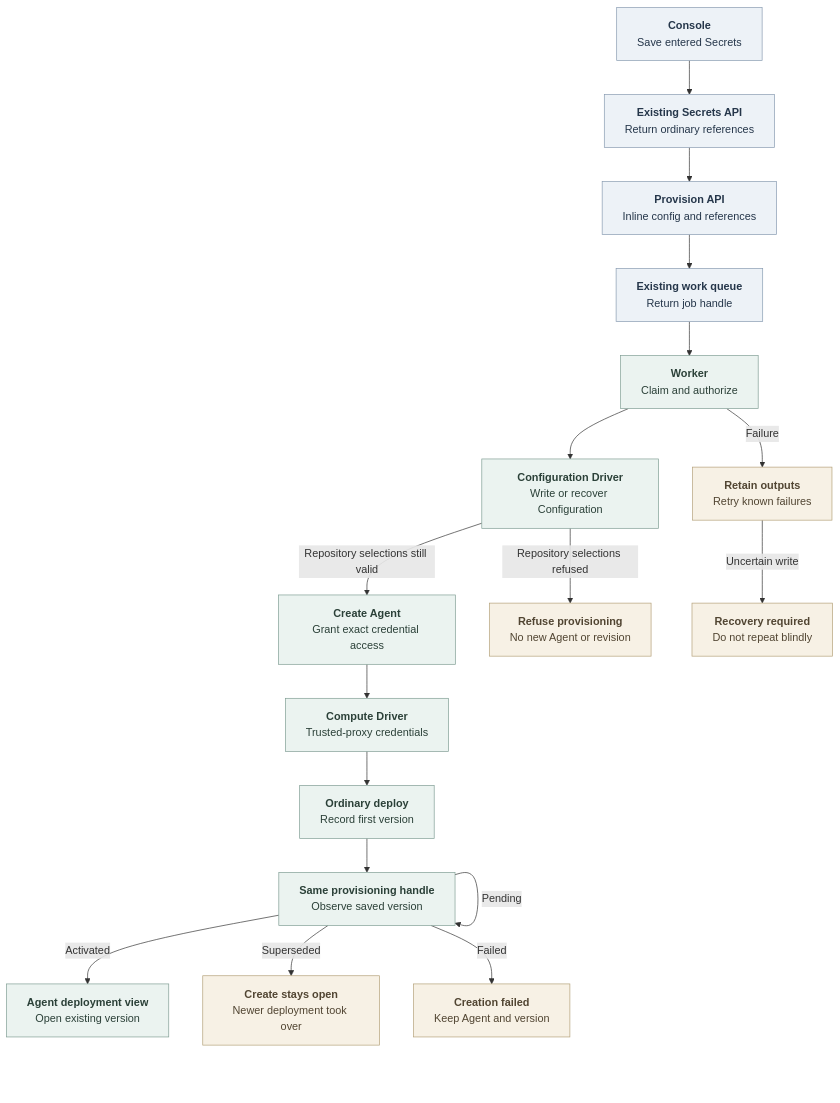
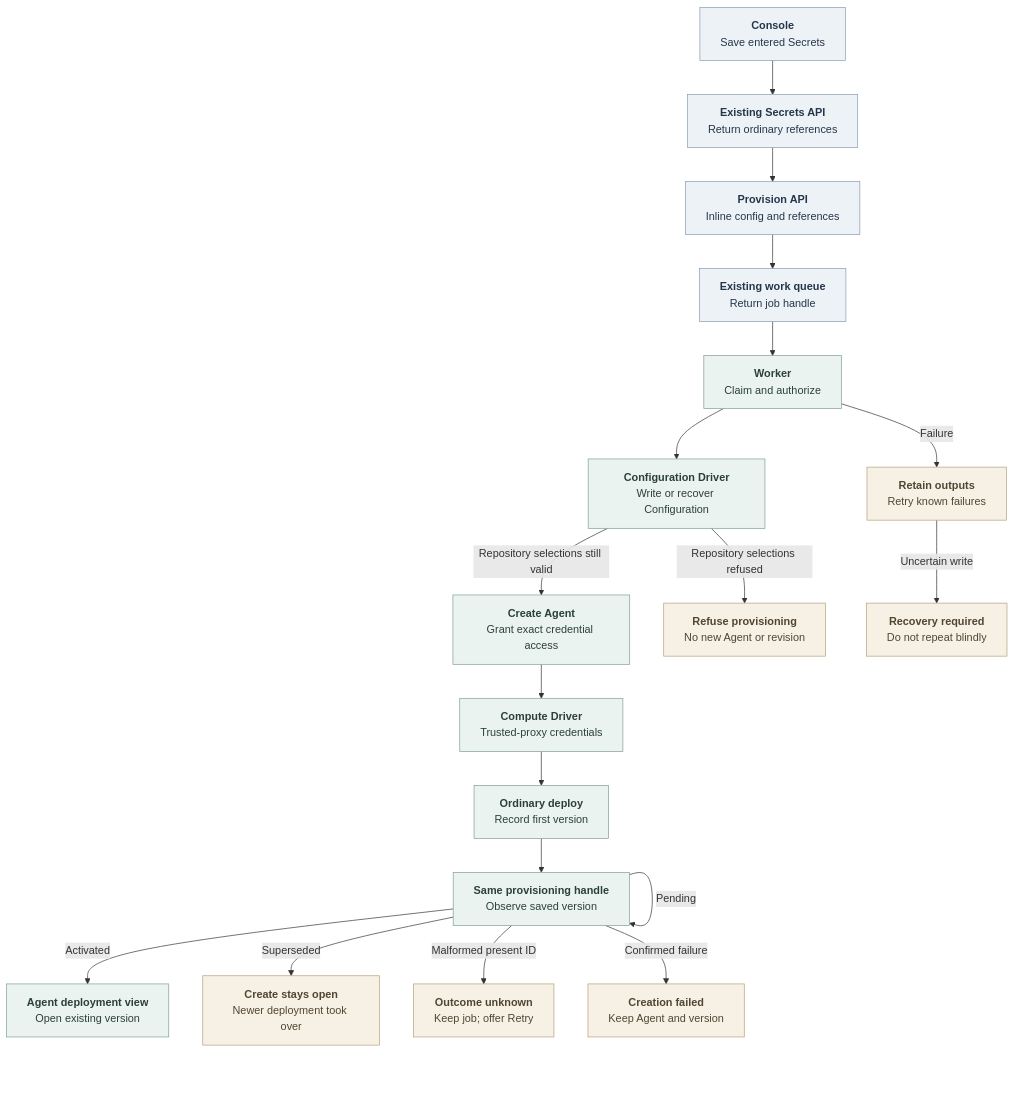
Before and after one commit to openclaw/openclaw-enterprise: the diagram in docs/flows/agent-provisioning.md, drawn with Mermaid. The commit also changed other lines of this file and 6 other files, not shown here.

Commit message:
test(console): cover malformed provisioning recovery

````diff
--- a/docs/flows/agent-provisioning.md
+++ b/docs/flows/agent-provisioning.md
@@ -25,26 +25,27 @@
 ```mermaid
 graph TD
   Console["<b>Console</b><br/>Save entered Secrets"] --> Secrets["<b>Existing Secrets API</b><br/>Return ordinary references"]
   Secrets --> API["<b>Provision API</b><br/>Inline config and references"]
   API --> Queue["<b>Existing work queue</b><br/>Return job handle"]
   Queue --> Claim["<b>Worker</b><br/>Claim and authorize"]
   Claim --> Config["<b>Configuration Driver</b><br/>Write or recover Configuration"]
   Config -->|Repository selections still valid| Agent["<b>Create Agent</b><br/>Grant exact credential access"]
   Config -->|Repository selections refused| RepoRefused["<b>Refuse provisioning</b><br/>No new Agent or revision"]
   Agent --> Transport["<b>Compute Driver</b><br/>Trusted-proxy credentials"]
   Transport --> Deploy["<b>Ordinary deploy</b><br/>Record first version"]
   Deploy --> Observe["<b>Same provisioning handle</b><br/>Observe saved version"]
   Observe -->|Pending| Observe
   Observe -->|Activated| UI["<b>Agent deployment view</b><br/>Open existing version"]
   Observe -->|Superseded| Superseded["<b>Create stays open</b><br/>Newer deployment took over"]
-  Observe -->|Failed| Terminal["<b>Creation failed</b><br/>Keep Agent and version"]
+  Observe -->|Malformed present ID| Unknown["<b>Outcome unknown</b><br/>Keep job; offer Retry"]
+  Observe -->|Confirmed failure| Terminal["<b>Creation failed</b><br/>Keep Agent and version"]
   Claim -->|Failure| Failed["<b>Retain outputs</b><br/>Retry known failures"]
   Failed -->|Uncertain write| Recovery["<b>Recovery required</b><br/>Do not repeat blindly"]
 
   classDef state fill:#EDF2F7,stroke:#879AB0,color:#25364A,stroke-width:1px
   classDef operation fill:#EBF3F0,stroke:#7F9D93,color:#2B4038,stroke-width:1px
   classDef condition fill:#F7F1E5,stroke:#B3A078,color:#514532,stroke-width:1px
   class Console,Secrets,API,Queue state
   class Claim,Config,Agent,Transport,Deploy,Observe,UI operation
-  class Failed,Recovery,Terminal,Superseded,RepoRefused condition
+  class Failed,Recovery,Terminal,Superseded,RepoRefused,Unknown condition
 ```
````
